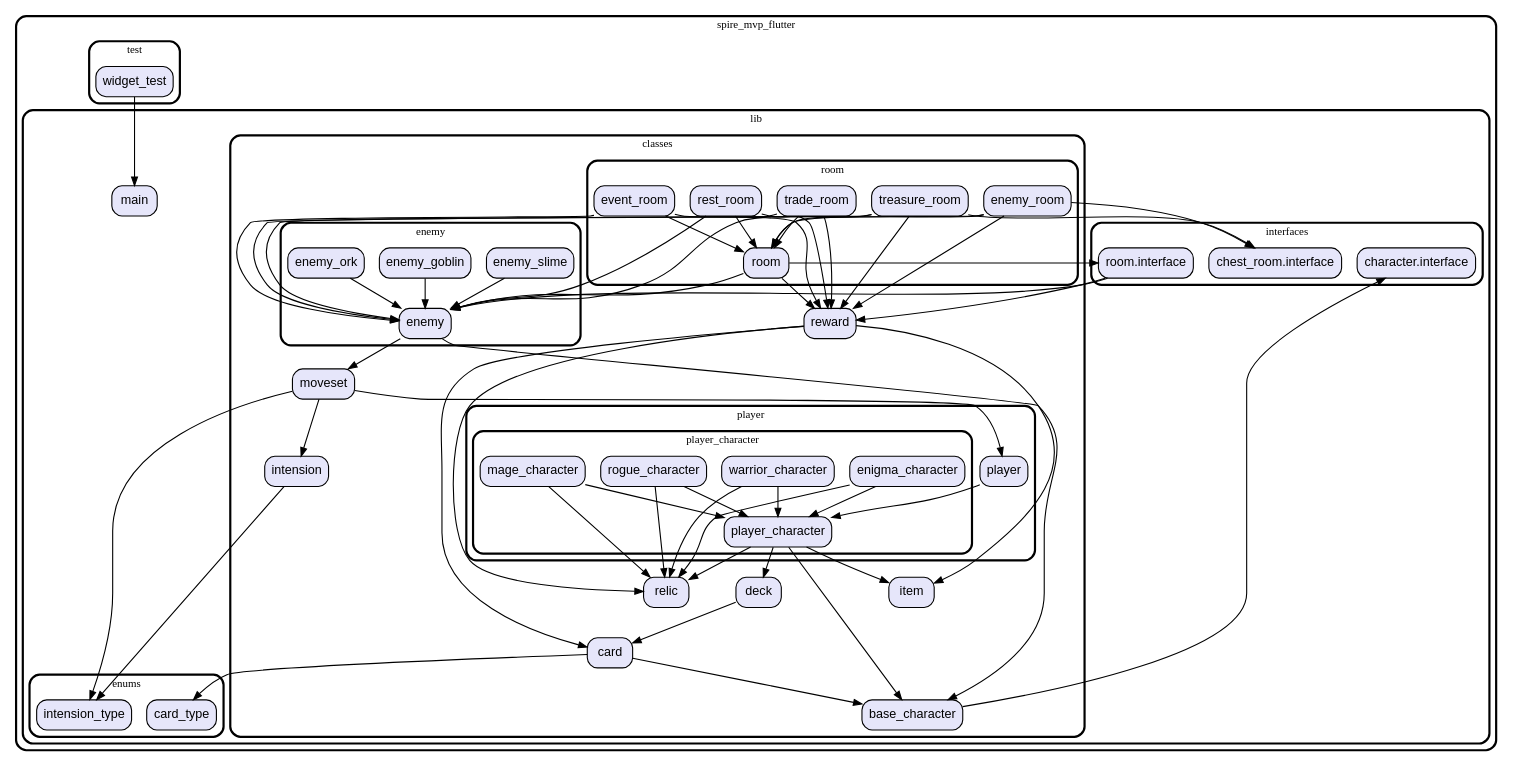
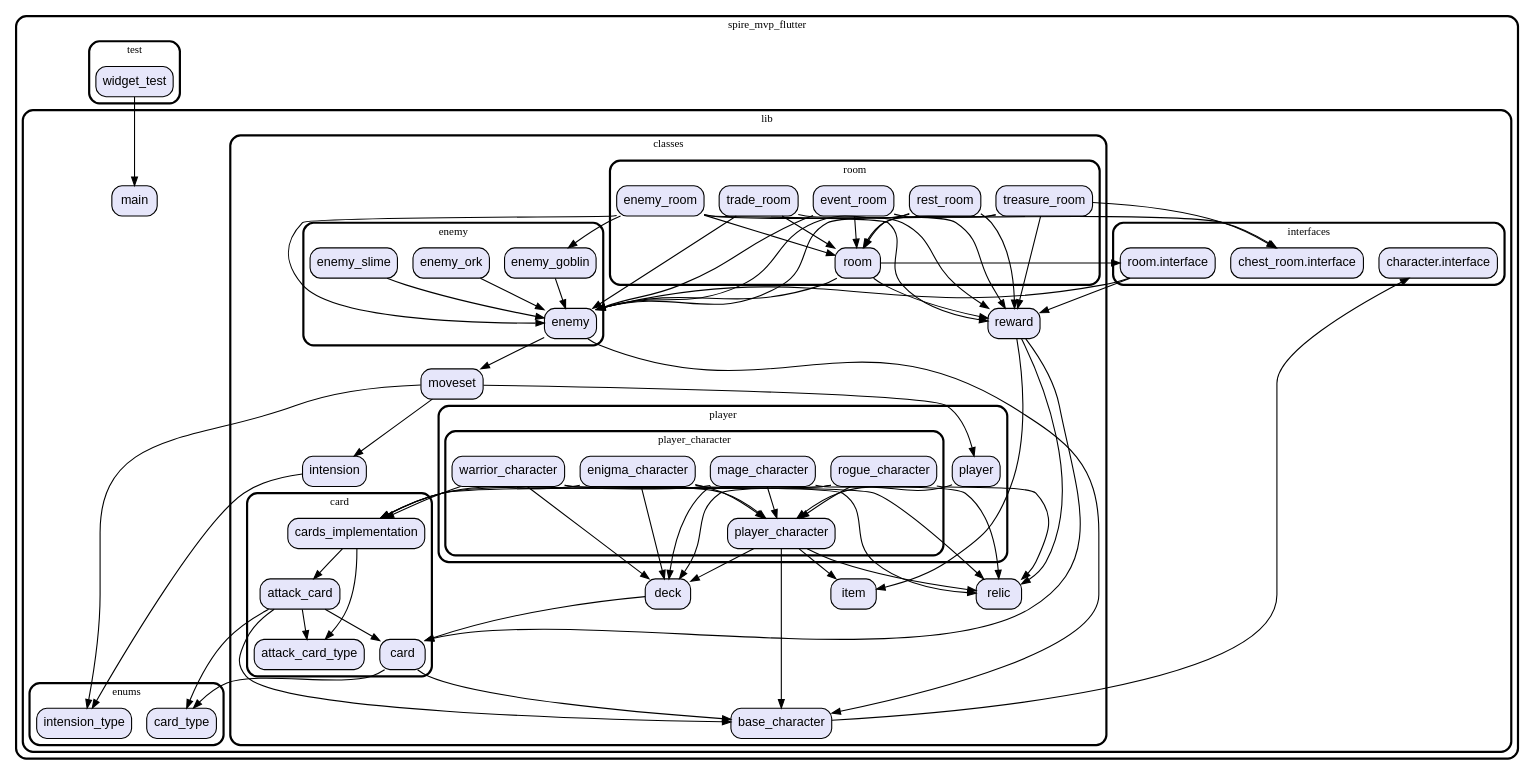
The diagram in spire_mvp_flutter/classes.dot (letier3110/mathpunk), drawn with Graphviz before and after one commit. The commit also changed 12 other files, not shown here.

Commit message:
added characters, cards with implementation and rooms

```diff
--- a/spire_mvp_flutter/classes.dot
+++ b/spire_mvp_flutter/classes.dot
@@ -1,149 +1,173 @@
 digraph "" {
   graph [style=rounded fontname="Arial Black" fontsize=13 penwidth=2.6];
   node [shape=rect style="filled,rounded" fontname=Arial fontsize=15 fillcolor=Lavender penwidth=1.3];
   edge [penwidth=1.3];
   "/lib/classes/base_character.dart" [label="base_character"];
-  "/lib/classes/card.dart" [label="card"];
+  "/lib/classes/card/attack_card.dart" [label="attack_card"];
+  "/lib/classes/card/attack_card_type.dart" [label="attack_card_type"];
+  "/lib/classes/card/card.dart" [label="card"];
+  "/lib/classes/card/cards_implementation.dart" [label="cards_implementation"];
   "/lib/classes/deck.dart" [label="deck"];
   "/lib/classes/enemy/enemy.dart" [label="enemy"];
   "/lib/classes/enemy/enemy_goblin.dart" [label="enemy_goblin"];
   "/lib/classes/enemy/enemy_ork.dart" [label="enemy_ork"];
   "/lib/classes/enemy/enemy_slime.dart" [label="enemy_slime"];
   "/lib/classes/intension.dart" [label="intension"];
   "/lib/classes/item.dart" [label="item"];
   "/lib/classes/moveset.dart" [label="moveset"];
   "/lib/classes/player/player.dart" [label="player"];
   "/lib/classes/player/player_character/enigma_character.dart" [label="enigma_character"];
   "/lib/classes/player/player_character/mage_character.dart" [label="mage_character"];
   "/lib/classes/player/player_character/player_character.dart" [label="player_character"];
   "/lib/classes/player/player_character/rogue_character.dart" [label="rogue_character"];
   "/lib/classes/player/player_character/warrior_character.dart" [label="warrior_character"];
   "/lib/classes/relic.dart" [label="relic"];
   "/lib/classes/reward.dart" [label="reward"];
   "/lib/classes/room/enemy_room.dart" [label="enemy_room"];
   "/lib/classes/room/event_room.dart" [label="event_room"];
   "/lib/classes/room/rest_room.dart" [label="rest_room"];
   "/lib/classes/room/room.dart" [label="room"];
   "/lib/classes/room/trade_room.dart" [label="trade_room"];
   "/lib/classes/room/treasure_room.dart" [label="treasure_room"];
   "/lib/enums/card_type.dart" [label="card_type"];
   "/lib/enums/intension_type.dart" [label="intension_type"];
   "/lib/interfaces/character.interface.dart" [label="character.interface"];
   "/lib/interfaces/chest_room.interface.dart" [label="chest_room.interface"];
   "/lib/interfaces/room.interface.dart" [label="room.interface"];
   "/lib/main.dart" [label="main"];
   "/test/widget_test.dart" [label="widget_test"];
   subgraph "cluster~" {
     label="spire_mvp_flutter";
     subgraph "cluster~/lib" {
       label="lib";
       "/lib/main.dart";
       subgraph "cluster~/lib/classes" {
         label="classes";
         "/lib/classes/base_character.dart";
-        "/lib/classes/card.dart";
         "/lib/classes/deck.dart";
         "/lib/classes/intension.dart";
         "/lib/classes/item.dart";
         "/lib/classes/moveset.dart";
         "/lib/classes/relic.dart";
         "/lib/classes/reward.dart";
+        subgraph "cluster~/lib/classes/card" {
+          label="card";
+          "/lib/classes/card/attack_card.dart";
+          "/lib/classes/card/attack_card_type.dart";
+          "/lib/classes/card/card.dart";
+          "/lib/classes/card/cards_implementation.dart";
+        }
         subgraph "cluster~/lib/classes/enemy" {
           label="enemy";
           "/lib/classes/enemy/enemy.dart";
           "/lib/classes/enemy/enemy_goblin.dart";
           "/lib/classes/enemy/enemy_ork.dart";
           "/lib/classes/enemy/enemy_slime.dart";
         }
         subgraph "cluster~/lib/classes/player" {
           label="player";
           "/lib/classes/player/player.dart";
           subgraph "cluster~/lib/classes/player/player_character" {
             label="player_character";
             "/lib/classes/player/player_character/enigma_character.dart";
             "/lib/classes/player/player_character/mage_character.dart";
             "/lib/classes/player/player_character/player_character.dart";
             "/lib/classes/player/player_character/rogue_character.dart";
             "/lib/classes/player/player_character/warrior_character.dart";
           }
         }
         subgraph "cluster~/lib/classes/room" {
           label="room";
           "/lib/classes/room/enemy_room.dart";
           "/lib/classes/room/event_room.dart";
           "/lib/classes/room/rest_room.dart";
           "/lib/classes/room/room.dart";
           "/lib/classes/room/trade_room.dart";
           "/lib/classes/room/treasure_room.dart";
         }
       }
       subgraph "cluster~/lib/enums" {
         label="enums";
         "/lib/enums/card_type.dart";
         "/lib/enums/intension_type.dart";
       }
       subgraph "cluster~/lib/interfaces" {
         label="interfaces";
         "/lib/interfaces/character.interface.dart";
         "/lib/interfaces/chest_room.interface.dart";
         "/lib/interfaces/room.interface.dart";
       }
     }
     subgraph "cluster~/test" {
       label="test";
       "/test/widget_test.dart";
     }
   }
   "/lib/classes/base_character.dart" -> "/lib/interfaces/character.interface.dart";
-  "/lib/classes/card.dart" -> "/lib/classes/base_character.dart";
-  "/lib/classes/card.dart" -> "/lib/enums/card_type.dart";
-  "/lib/classes/deck.dart" -> "/lib/classes/card.dart";
+  "/lib/classes/card/attack_card.dart" -> "/lib/classes/card/attack_card_type.dart";
+  "/lib/classes/card/attack_card.dart" -> "/lib/classes/base_character.dart";
+  "/lib/classes/card/attack_card.dart" -> "/lib/enums/card_type.dart";
+  "/lib/classes/card/attack_card.dart" -> "/lib/classes/card/card.dart";
+  "/lib/classes/card/card.dart" -> "/lib/classes/base_character.dart";
+  "/lib/classes/card/card.dart" -> "/lib/enums/card_type.dart";
+  "/lib/classes/card/cards_implementation.dart" -> "/lib/classes/card/attack_card.dart";
+  "/lib/classes/card/cards_implementation.dart" -> "/lib/classes/card/attack_card_type.dart";
+  "/lib/classes/deck.dart" -> "/lib/classes/card/card.dart";
   "/lib/classes/enemy/enemy.dart" -> "/lib/classes/base_character.dart";
   "/lib/classes/enemy/enemy.dart" -> "/lib/classes/moveset.dart";
   "/lib/classes/enemy/enemy_goblin.dart" -> "/lib/classes/enemy/enemy.dart";
   "/lib/classes/enemy/enemy_ork.dart" -> "/lib/classes/enemy/enemy.dart";
   "/lib/classes/enemy/enemy_slime.dart" -> "/lib/classes/enemy/enemy.dart";
   "/lib/classes/intension.dart" -> "/lib/enums/intension_type.dart";
   "/lib/classes/moveset.dart" -> "/lib/enums/intension_type.dart";
   "/lib/classes/moveset.dart" -> "/lib/classes/intension.dart";
   "/lib/classes/moveset.dart" -> "/lib/classes/player/player.dart";
   "/lib/classes/player/player.dart" -> "/lib/classes/player/player_character/player_character.dart";
+  "/lib/classes/player/player_character/enigma_character.dart" -> "/lib/classes/card/cards_implementation.dart";
+  "/lib/classes/player/player_character/enigma_character.dart" -> "/lib/classes/deck.dart";
   "/lib/classes/player/player_character/enigma_character.dart" -> "/lib/classes/relic.dart";
   "/lib/classes/player/player_character/enigma_character.dart" -> "/lib/classes/player/player_character/player_character.dart";
+  "/lib/classes/player/player_character/mage_character.dart" -> "/lib/classes/card/cards_implementation.dart";
+  "/lib/classes/player/player_character/mage_character.dart" -> "/lib/classes/deck.dart";
   "/lib/classes/player/player_character/mage_character.dart" -> "/lib/classes/relic.dart";
   "/lib/classes/player/player_character/mage_character.dart" -> "/lib/classes/player/player_character/player_character.dart";
   "/lib/classes/player/player_character/player_character.dart" -> "/lib/classes/deck.dart";
   "/lib/classes/player/player_character/player_character.dart" -> "/lib/classes/relic.dart";
   "/lib/classes/player/player_character/player_character.dart" -> "/lib/classes/item.dart";
   "/lib/classes/player/player_character/player_character.dart" -> "/lib/classes/base_character.dart";
+  "/lib/classes/player/player_character/rogue_character.dart" -> "/lib/classes/card/cards_implementation.dart";
+  "/lib/classes/player/player_character/rogue_character.dart" -> "/lib/classes/deck.dart";
   "/lib/classes/player/player_character/rogue_character.dart" -> "/lib/classes/relic.dart";
   "/lib/classes/player/player_character/rogue_character.dart" -> "/lib/classes/player/player_character/player_character.dart";
+  "/lib/classes/player/player_character/warrior_character.dart" -> "/lib/classes/card/cards_implementation.dart";
+  "/lib/classes/player/player_character/warrior_character.dart" -> "/lib/classes/deck.dart";
   "/lib/classes/player/player_character/warrior_character.dart" -> "/lib/classes/relic.dart";
   "/lib/classes/player/player_character/warrior_character.dart" -> "/lib/classes/player/player_character/player_character.dart";
   "/lib/classes/reward.dart" -> "/lib/classes/relic.dart";
   "/lib/classes/reward.dart" -> "/lib/classes/item.dart";
-  "/lib/classes/reward.dart" -> "/lib/classes/card.dart";
+  "/lib/classes/reward.dart" -> "/lib/classes/card/card.dart";
   "/lib/classes/room/enemy_room.dart" -> "/lib/interfaces/chest_room.interface.dart";
+  "/lib/classes/room/enemy_room.dart" -> "/lib/classes/enemy/enemy_goblin.dart";
   "/lib/classes/room/enemy_room.dart" -> "/lib/classes/enemy/enemy.dart";
   "/lib/classes/room/enemy_room.dart" -> "/lib/classes/reward.dart";
   "/lib/classes/room/enemy_room.dart" -> "/lib/classes/room/room.dart";
   "/lib/classes/room/event_room.dart" -> "/lib/classes/enemy/enemy.dart";
   "/lib/classes/room/event_room.dart" -> "/lib/classes/reward.dart";
   "/lib/classes/room/event_room.dart" -> "/lib/classes/room/room.dart";
   "/lib/classes/room/rest_room.dart" -> "/lib/classes/enemy/enemy.dart";
   "/lib/classes/room/rest_room.dart" -> "/lib/classes/reward.dart";
   "/lib/classes/room/rest_room.dart" -> "/lib/classes/room/room.dart";
   "/lib/classes/room/room.dart" -> "/lib/interfaces/room.interface.dart";
   "/lib/classes/room/room.dart" -> "/lib/classes/enemy/enemy.dart";
   "/lib/classes/room/room.dart" -> "/lib/classes/reward.dart";
   "/lib/classes/room/trade_room.dart" -> "/lib/classes/enemy/enemy.dart";
   "/lib/classes/room/trade_room.dart" -> "/lib/classes/reward.dart";
   "/lib/classes/room/trade_room.dart" -> "/lib/classes/room/room.dart";
   "/lib/classes/room/treasure_room.dart" -> "/lib/interfaces/chest_room.interface.dart";
   "/lib/classes/room/treasure_room.dart" -> "/lib/classes/enemy/enemy.dart";
   "/lib/classes/room/treasure_room.dart" -> "/lib/classes/reward.dart";
   "/lib/classes/room/treasure_room.dart" -> "/lib/classes/room/room.dart";
   "/lib/interfaces/room.interface.dart" -> "/lib/classes/enemy/enemy.dart";
   "/lib/interfaces/room.interface.dart" -> "/lib/classes/reward.dart";
   "/test/widget_test.dart" -> "/lib/main.dart";
 }
```
